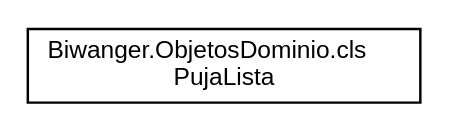
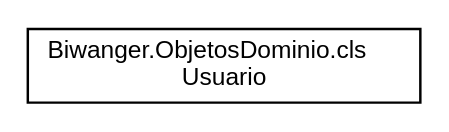
The diagram in docs/inherit_graph_11.dot (nagorecb/BiwangerServidor), drawn with Graphviz before and after one commit. The commit also changed 162 other files, not shown here.

```diff
--- a/docs/inherit_graph_11.dot
+++ b/docs/inherit_graph_11.dot
@@ -1,8 +1,8 @@
 digraph "Representación gráfica de la clase"
 {
  // LATEX_PDF_SIZE
   edge [fontname="Helvetica",fontsize="10",labelfontname="Helvetica",labelfontsize="10"];
   node [fontname="Helvetica",fontsize="10",shape=record];
   rankdir="LR";
-  Node0 [label="Biwanger.ObjetosDominio.cls\lPujaLista",height=0.2,width=0.4,color="black", fillcolor="white", style="filled",URL="$class_biwanger_1_1_objetos_dominio_1_1cls_puja_lista.html",tooltip=" "];
+  Node0 [label="Biwanger.ObjetosDominio.cls\lUsuario",height=0.2,width=0.4,color="black", fillcolor="white", style="filled",URL="$class_biwanger_1_1_objetos_dominio_1_1cls_usuario.html",tooltip="Clase del objeto Usuario."];
 }
```
